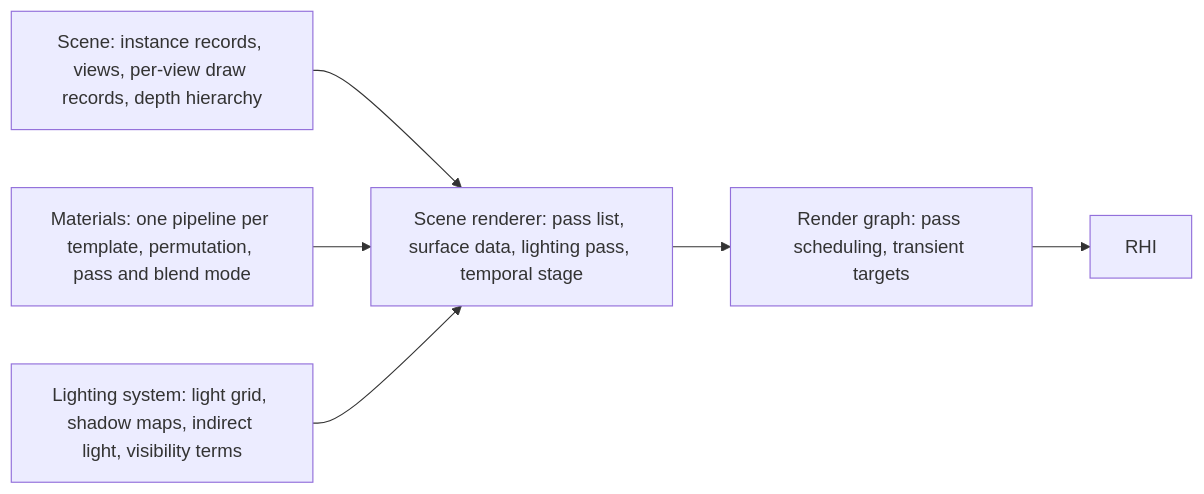
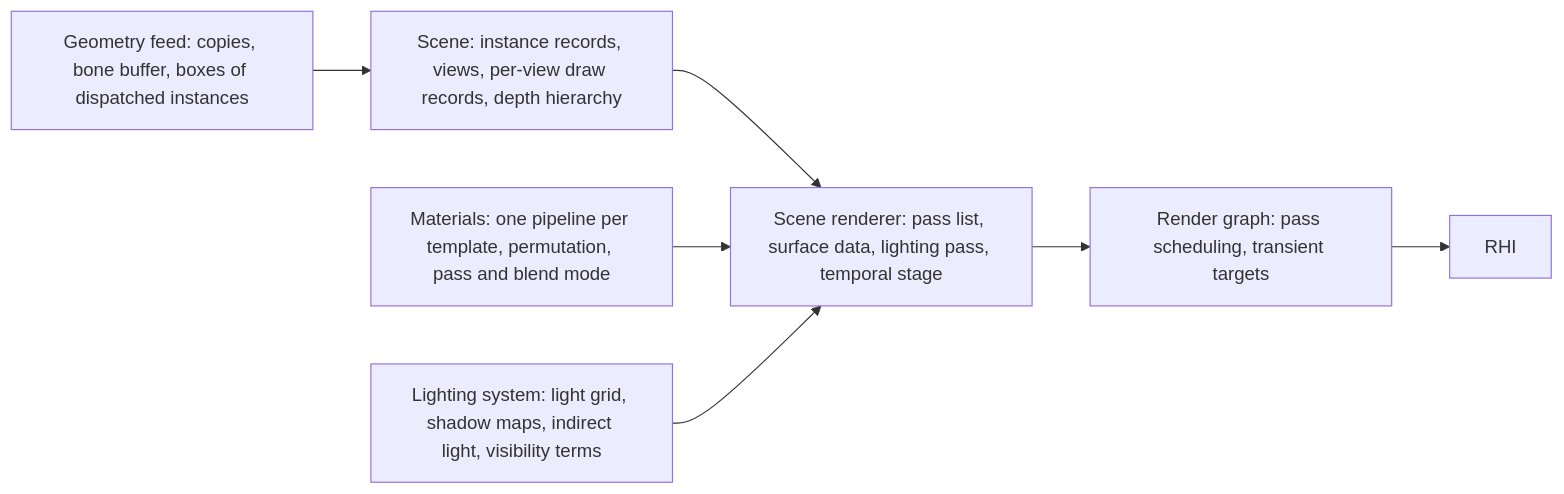
One commit to plainsight-systems/bullet-witch changed the first of 3 diagrams in docs/architecture/scene-renderer.md. Above: the diagram before and after it, drawn with Mermaid. The commit also changed other lines of this file and 6 other files, not shown here.

Commit message:
Describe the geometry feed: deformation once per frame into copies every pass reads

````diff
--- a/docs/architecture/scene-renderer.md
+++ b/docs/architecture/scene-renderer.md
@@ -20,8 +22,9 @@
 ```mermaid
 flowchart LR
-    SC["Scene: instance records, views, per-view draw records, depth hierarchy"] --> SR["Scene renderer: pass list, surface data, lighting pass, temporal stage"]
+    GF["Geometry feed: copies, bone buffer, boxes of dispatched instances"] --> SC["Scene: instance records, views, per-view draw records, depth hierarchy"]
+    SC --> SR["Scene renderer: pass list, surface data, lighting pass, temporal stage"]
     MT["Materials: one pipeline per template, permutation, pass and blend mode"] --> SR
     LT["Lighting system: light grid, shadow maps, indirect light, visibility terms"] --> SR
     SR --> RG["Render graph: pass scheduling, transient targets"]
     RG --> RHI["RHI"]
 ```
````
